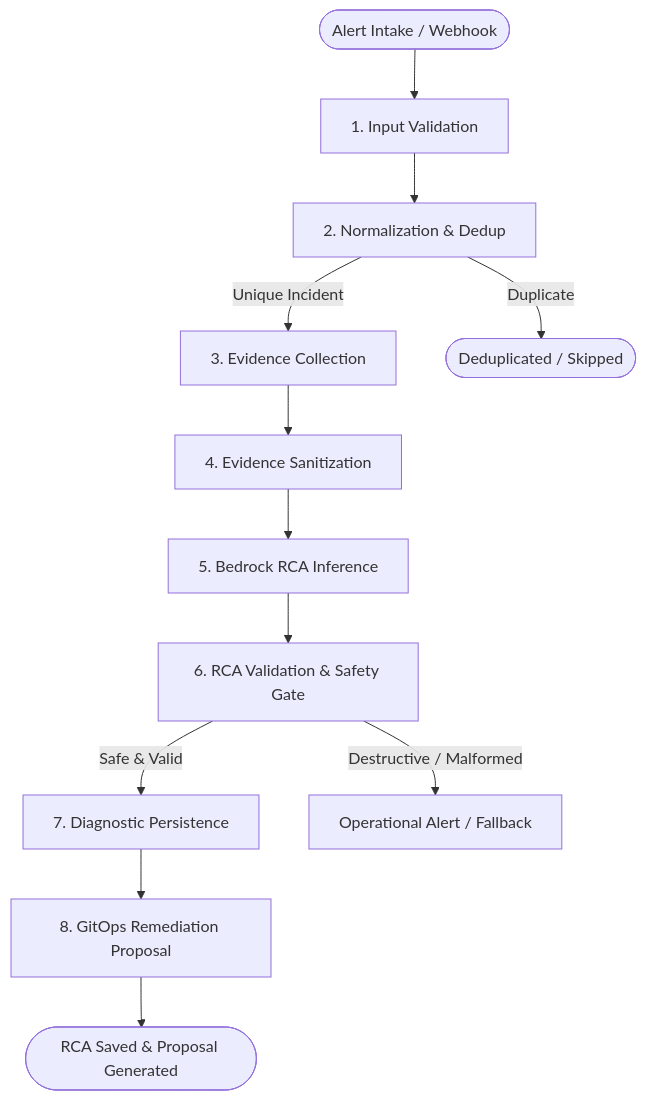
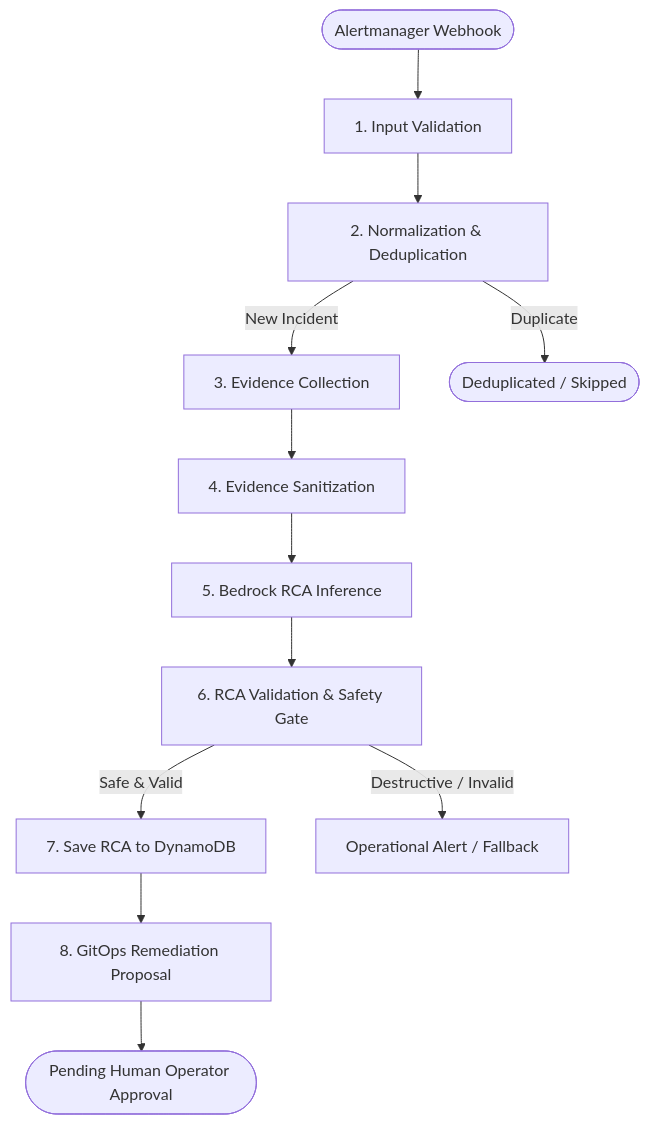
The diagram in aiops/README.md (itsme-aarjav/autonomous-devsecops-platform), drawn with Mermaid before and after one commit. The commit also changed other lines of this file and 20 other files, not shown here.

````diff
--- a/aiops/README.md
+++ b/aiops/README.md
@@ -11,14 +19,14 @@
 ```mermaid
 flowchart TD
-    Start([Alert Intake / Webhook]) --> N1[1. Input Validation]
-    N1 --> N2[2. Normalization & Dedup]
-    N2 -->|Unique Incident| N3[3. Evidence Collection]
-    N2 -->|Duplicate| Dup([Deduplicated / Skipped])
+    Alert([Alertmanager Webhook]) --> N1[1. Input Validation]
+    N1 --> N2[2. Normalization & Deduplication]
+    N2 -->|New Incident| N3[3. Evidence Collection]
+    N2 -->|Duplicate| Skip([Deduplicated / Skipped])
     N3 --> N4[4. Evidence Sanitization]
     N4 --> N5[5. Bedrock RCA Inference]
     N5 --> N6[6. RCA Validation & Safety Gate]
-    N6 -->|Safe & Valid| N7[7. Diagnostic Persistence]
-    N6 -->|Destructive / Malformed| Fallback[Operational Alert / Fallback]
+    N6 -->|Safe & Valid| N7[7. Save RCA to DynamoDB]
+    N6 -->|Destructive / Invalid| Fallback[Operational Alert / Fallback]
     N7 --> N8[8. GitOps Remediation Proposal]
-    N8 --> End([RCA Saved & Proposal Generated])
+    N8 --> Review([Pending Human Operator Approval])
 ```
````
